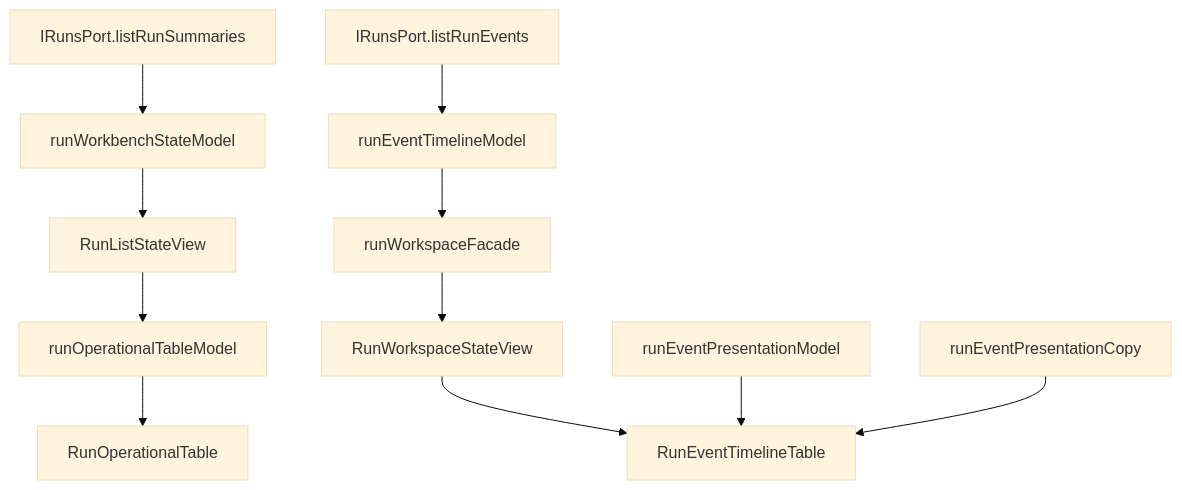
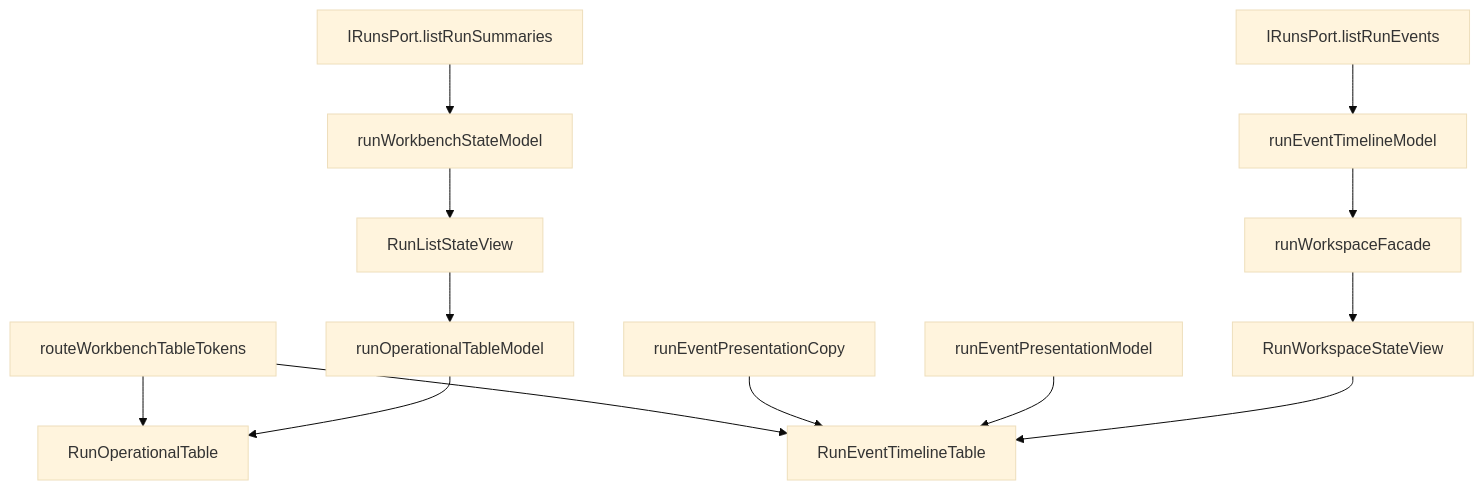
One commit to dunay2/dvt changed the second of 2 diagrams in docs/architecture/components/web/runs/dense-operational-tables-component.md. Above: the diagram before and after it, drawn with Mermaid (base theme). The commit also changed other lines of this file and 11 other files, not shown here.

Commit message:
feat(web): Converge Runs dense table tokens

````diff
--- a/docs/architecture/components/web/runs/dense-operational-tables-component.md
+++ b/docs/architecture/components/web/runs/dense-operational-tables-component.md
@@ -54,15 +57,17 @@
 ```mermaid
 flowchart TB
   Port["IRunsPort.listRunSummaries"] --> WorkbenchState["runWorkbenchStateModel"]
   WorkbenchState --> ListView["RunListStateView"]
   ListView --> TableModel["runOperationalTableModel"]
   TableModel --> RunTable["RunOperationalTable"]
 
   Events["IRunsPort.listRunEvents"] --> TimelineModel["runEventTimelineModel"]
   TimelineModel --> WorkspaceFacade["runWorkspaceFacade"]
   WorkspaceFacade --> WorkspaceView["RunWorkspaceStateView"]
   WorkspaceView --> EventTable["RunEventTimelineTable"]
 
   EventPresentation["runEventPresentationModel"] --> EventTable
   EventCopy["runEventPresentationCopy"] --> EventTable
+  VisualTokens["routeWorkbenchTableTokens"] --> RunTable
+  VisualTokens --> EventTable
 ```
````
